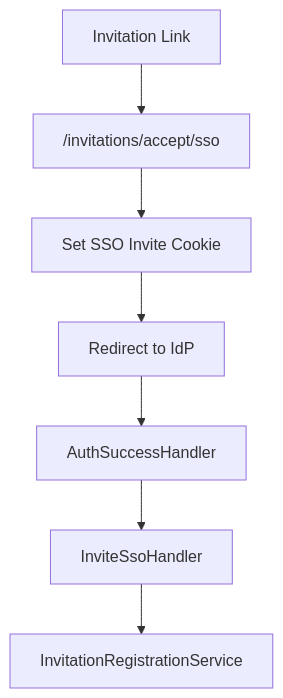
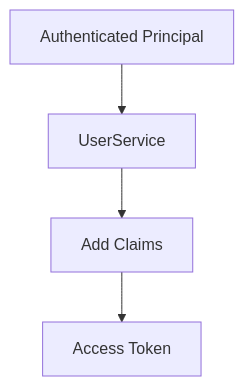
One commit to Praesto-Pro/openframe-oss-tenant changed the fourth of 8 diagrams in docs/architecture/authorization-service-core/authorization-service-core.md. Above: the diagram before and after it, drawn with Mermaid. The commit also changed other lines of this file and 149 other files, not shown here.

````diff
--- a/docs/architecture/authorization-service-core/authorization-service-core.md
+++ b/docs/architecture/authorization-service-core/authorization-service-core.md
@@ -218,9 +141,6 @@
 ```mermaid
 flowchart TD
-    InviteLink["Invitation Link"] --> AcceptSso["/invitations/accept/sso"]
-    AcceptSso --> SetCookie["Set SSO Invite Cookie"]
-    SetCookie --> RedirectIdP["Redirect to IdP"]
-    RedirectIdP --> SuccessHandler["AuthSuccessHandler"]
-    SuccessHandler --> InviteHandlerNode["InviteSsoHandler"]
-    InviteHandlerNode --> RegisterUser["InvitationRegistrationService"]
+    Auth["Authenticated Principal"] --> LoadUser["UserService"]
+    LoadUser --> Claims["Add Claims"]
+    Claims --> Token["Access Token"]
 ```
````
